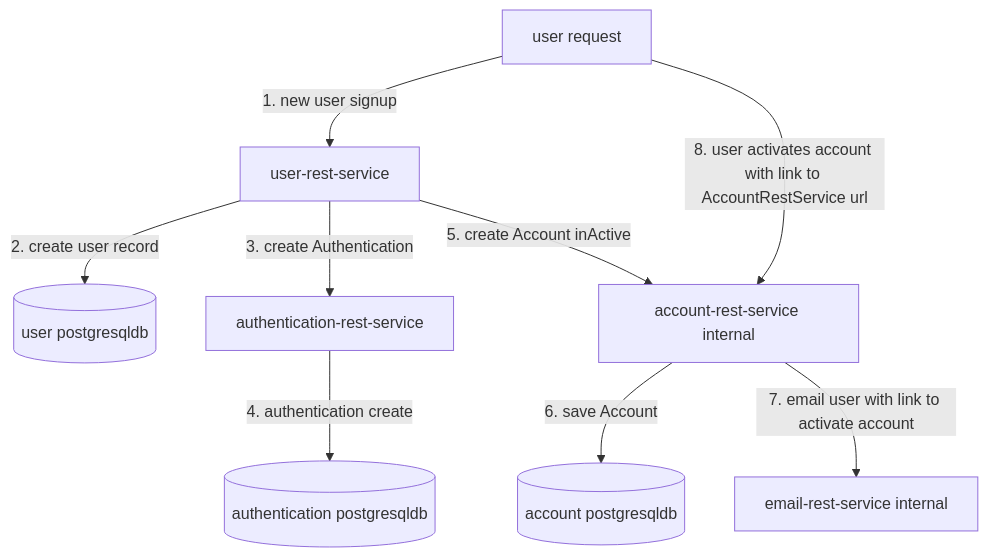
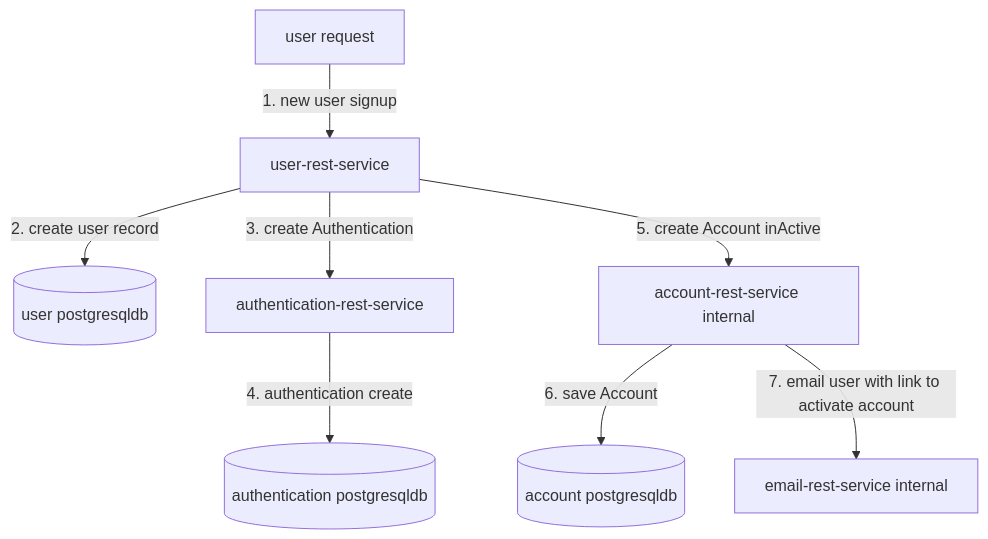
One commit to sonamsamdupkhangsar/sonamsamdupkhangsar.github.io changed the second of 5 diagrams in README.md. Above: the diagram before and after it, drawn with Mermaid. The commit also changed other lines of this file, not shown here.

Commit message:
separate out account activation

````diff
--- a/README.md
+++ b/README.md
@@ -38,11 +38,10 @@
 ```mermaid
 flowchart TD
     UserRequest[user request] --> |1. new user signup| UserRestService[user-rest-service]
     UserRestService -->|2. create user record| UserPgsqlDb[(user postgresqldb)]
     UserRestService -->|3. create Authentication | AuthenticationRestService[authentication-rest-service]
     AuthenticationRestService -->|4. authentication create| AuthenticationPgsqlDb[(authentication postgresqldb)]
     UserRestService -->|5. create Account inActive| AccountRestService[account-rest-service internal]
     AccountRestService -->|6. save Account| AccountPgsqlDb[(account postgresqldb)]
-    AccountRestService --> |7. email user with link to activate account| EmailRestService[email-rest-service internal]
-    UserRequest -->|8. user activates account with link to AccountRestService url| AccountRestService
+    AccountRestService --> |7. email user with link to activate account| EmailRestService[email-rest-service internal]    
 ```
````
